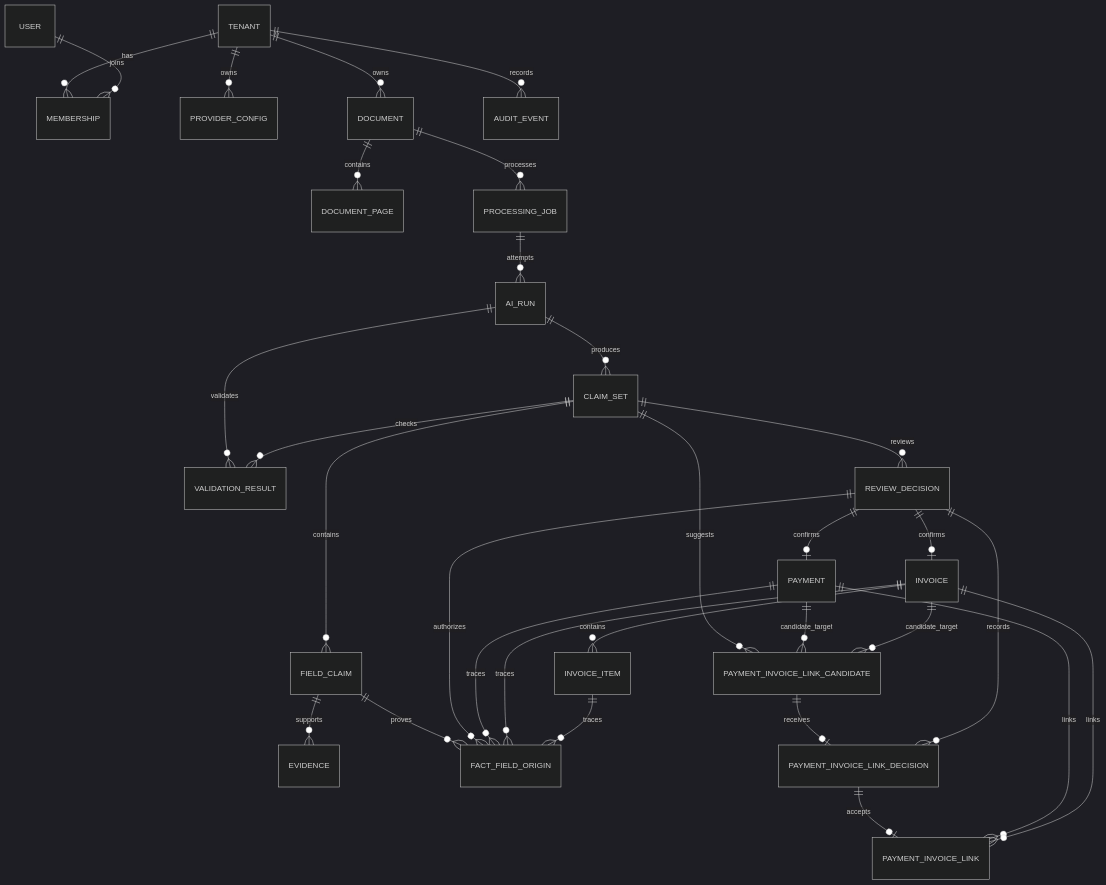
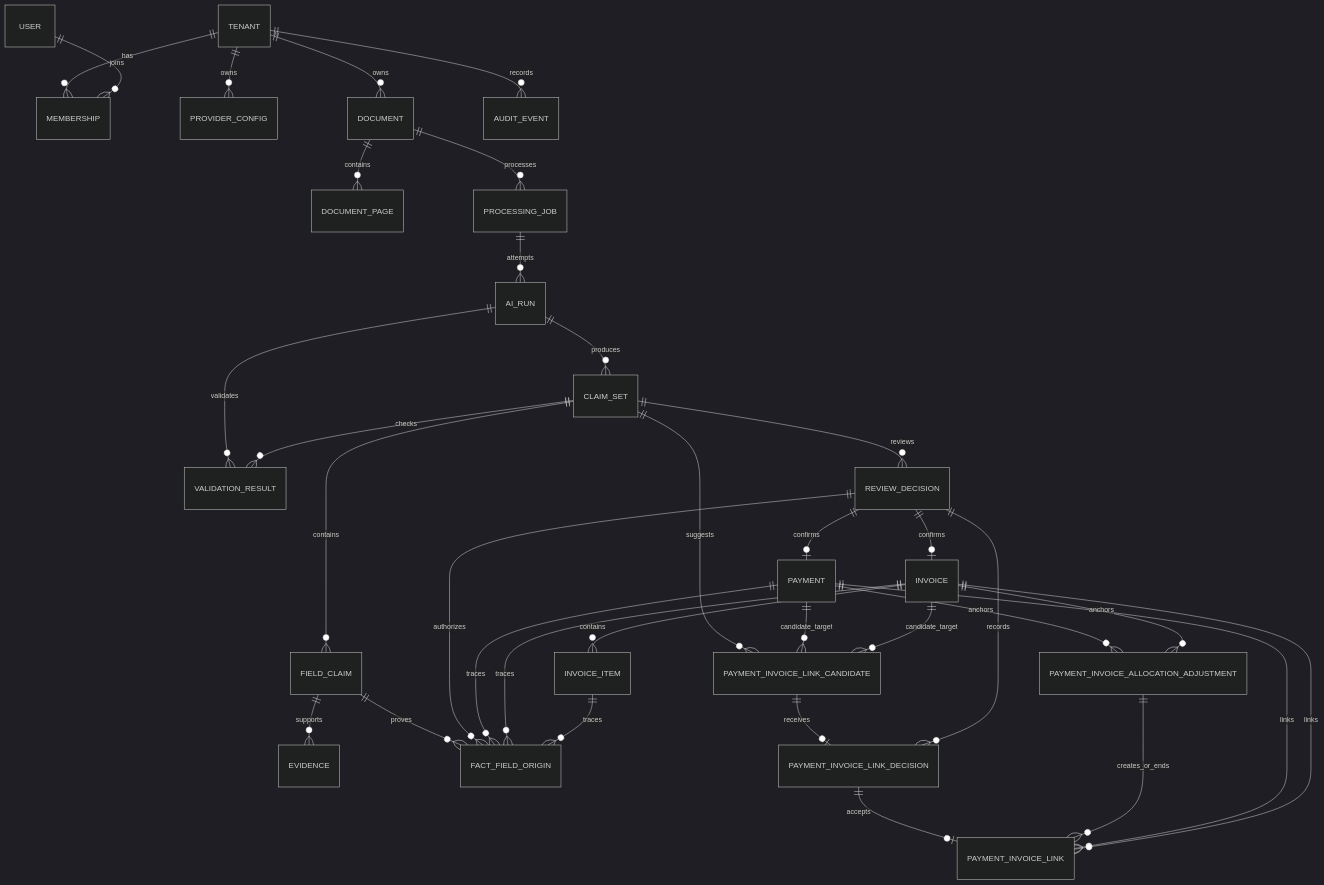
The diagram in docs/data-model.md (tuoro/Smart-bill-manager), drawn with Mermaid (dark theme) before and after one commit. The commit also changed other lines of this file and 41 other files, not shown here.

````diff
--- a/docs/data-model.md
+++ b/docs/data-model.md
@@ -8,33 +8,36 @@
 ```mermaid
 erDiagram
     TENANT ||--o{ MEMBERSHIP : has
     USER ||--o{ MEMBERSHIP : joins
     TENANT ||--o{ PROVIDER_CONFIG : owns
     TENANT ||--o{ DOCUMENT : owns
     DOCUMENT ||--o{ DOCUMENT_PAGE : contains
     DOCUMENT ||--o{ PROCESSING_JOB : processes
     PROCESSING_JOB ||--o{ AI_RUN : attempts
     AI_RUN ||--o{ CLAIM_SET : produces
     AI_RUN ||--o{ VALIDATION_RESULT : validates
     CLAIM_SET ||--o{ FIELD_CLAIM : contains
     FIELD_CLAIM ||--o{ EVIDENCE : supports
     CLAIM_SET ||--o{ VALIDATION_RESULT : checks
     CLAIM_SET ||--o{ REVIEW_DECISION : reviews
     REVIEW_DECISION ||--o| PAYMENT : confirms
     REVIEW_DECISION ||--o| INVOICE : confirms
     INVOICE ||--o{ INVOICE_ITEM : contains
     FIELD_CLAIM ||--o{ FACT_FIELD_ORIGIN : proves
     REVIEW_DECISION ||--o{ FACT_FIELD_ORIGIN : authorizes
     PAYMENT ||--o{ FACT_FIELD_ORIGIN : traces
     INVOICE ||--o{ FACT_FIELD_ORIGIN : traces
     INVOICE_ITEM ||--o{ FACT_FIELD_ORIGIN : traces
     CLAIM_SET ||--o{ PAYMENT_INVOICE_LINK_CANDIDATE : suggests
     PAYMENT ||--o{ PAYMENT_INVOICE_LINK_CANDIDATE : candidate_target
     INVOICE ||--o{ PAYMENT_INVOICE_LINK_CANDIDATE : candidate_target
     PAYMENT_INVOICE_LINK_CANDIDATE ||--o| PAYMENT_INVOICE_LINK_DECISION : receives
     REVIEW_DECISION ||--o{ PAYMENT_INVOICE_LINK_DECISION : records
     PAYMENT_INVOICE_LINK_DECISION ||--o| PAYMENT_INVOICE_LINK : accepts
+    PAYMENT ||--o{ PAYMENT_INVOICE_ALLOCATION_ADJUSTMENT : anchors
+    INVOICE ||--o{ PAYMENT_INVOICE_ALLOCATION_ADJUSTMENT : anchors
+    PAYMENT_INVOICE_ALLOCATION_ADJUSTMENT ||--o{ PAYMENT_INVOICE_LINK : creates_or_ends
     PAYMENT ||--o{ PAYMENT_INVOICE_LINK : links
     INVOICE ||--o{ PAYMENT_INVOICE_LINK : links
     TENANT ||--o{ AUDIT_EVENT : records
 ```
````
